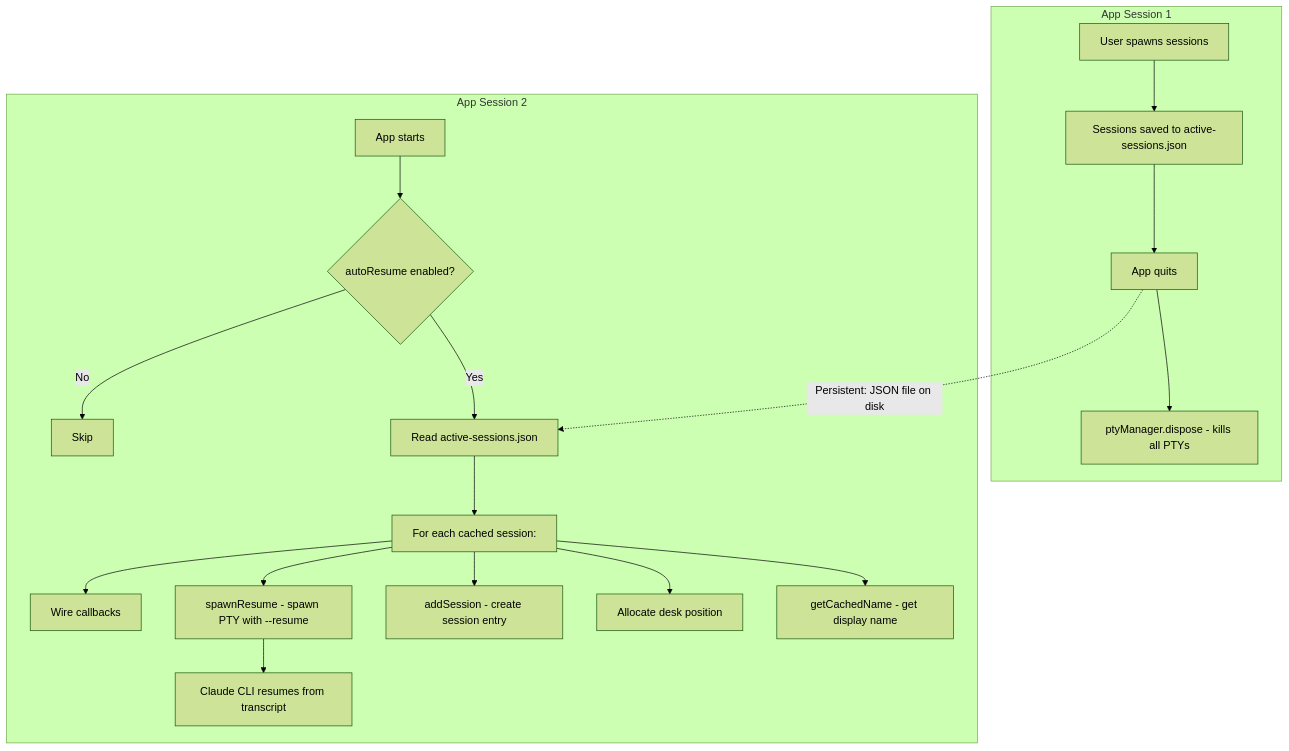
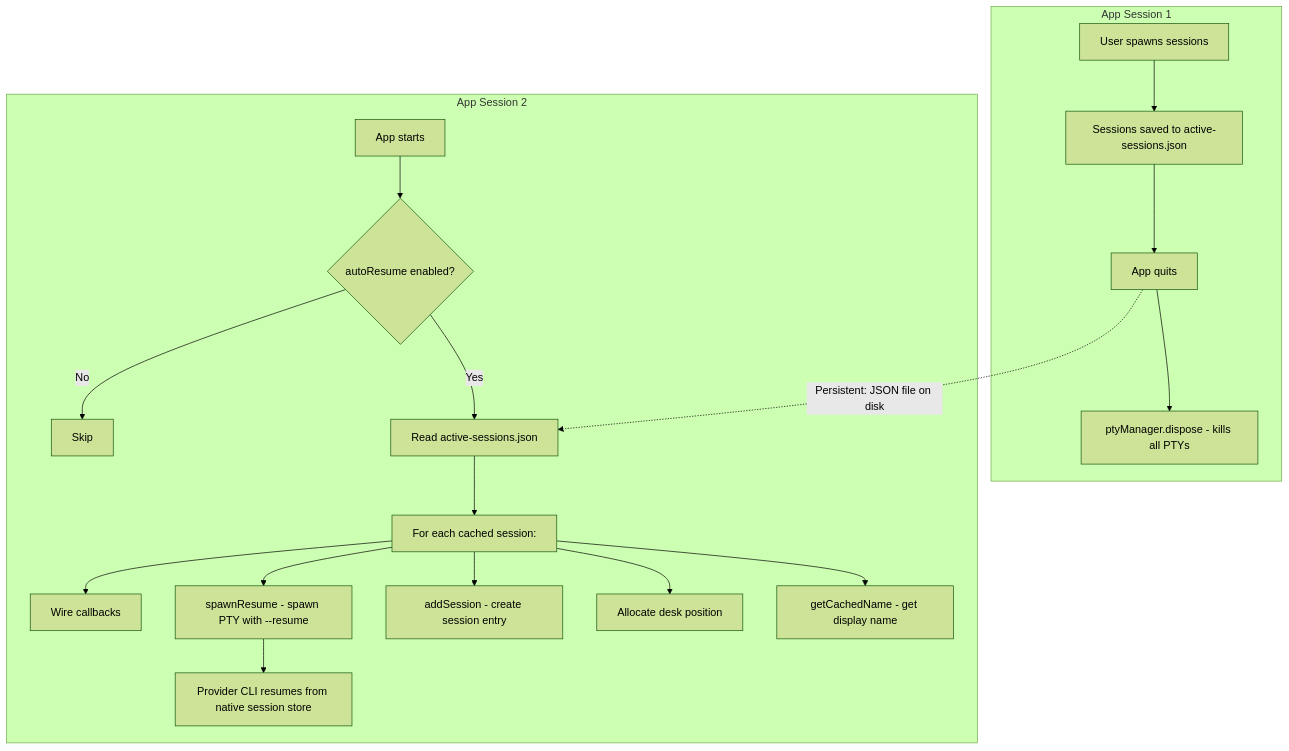
One commit to Nahom-Kefelegne/AgentMatrix changed the seventh of 7 diagrams in docs/design/electron-pty.md. Above: the diagram before and after it, drawn with Mermaid (forest theme). The commit also changed other lines of this file and 14 other files, not shown here.

````diff
--- a/docs/design/electron-pty.md
+++ b/docs/design/electron-pty.md
@@ -753,25 +770,25 @@
 ```mermaid
 graph TD
     subgraph App Session 1
         S1[User spawns sessions]
         S1 --> C1[Sessions saved to active-sessions.json]
         C1 --> Q1[App quits]
         Q1 --> K1[ptyManager.dispose - kills all PTYs]
     end
 
     subgraph App Session 2
         R1[App starts]
         R1 --> R2{autoResume enabled?}
         R2 -->|Yes| R3[Read active-sessions.json]
         R3 --> R4[For each cached session:]
         R4 --> R5[getCachedName - get display name]
         R4 --> R6[Allocate desk position]
         R4 --> R7[addSession - create session entry]
         R4 --> R8[spawnResume - spawn PTY with --resume]
         R4 --> R9[Wire callbacks]
-        R8 --> R10[Claude CLI resumes from transcript]
+        R8 --> R10[Provider CLI resumes from native session store]
         R2 -->|No| R11[Skip]
     end
 
     Q1 -.->|"Persistent: JSON file on disk"| R3
 ```
````
